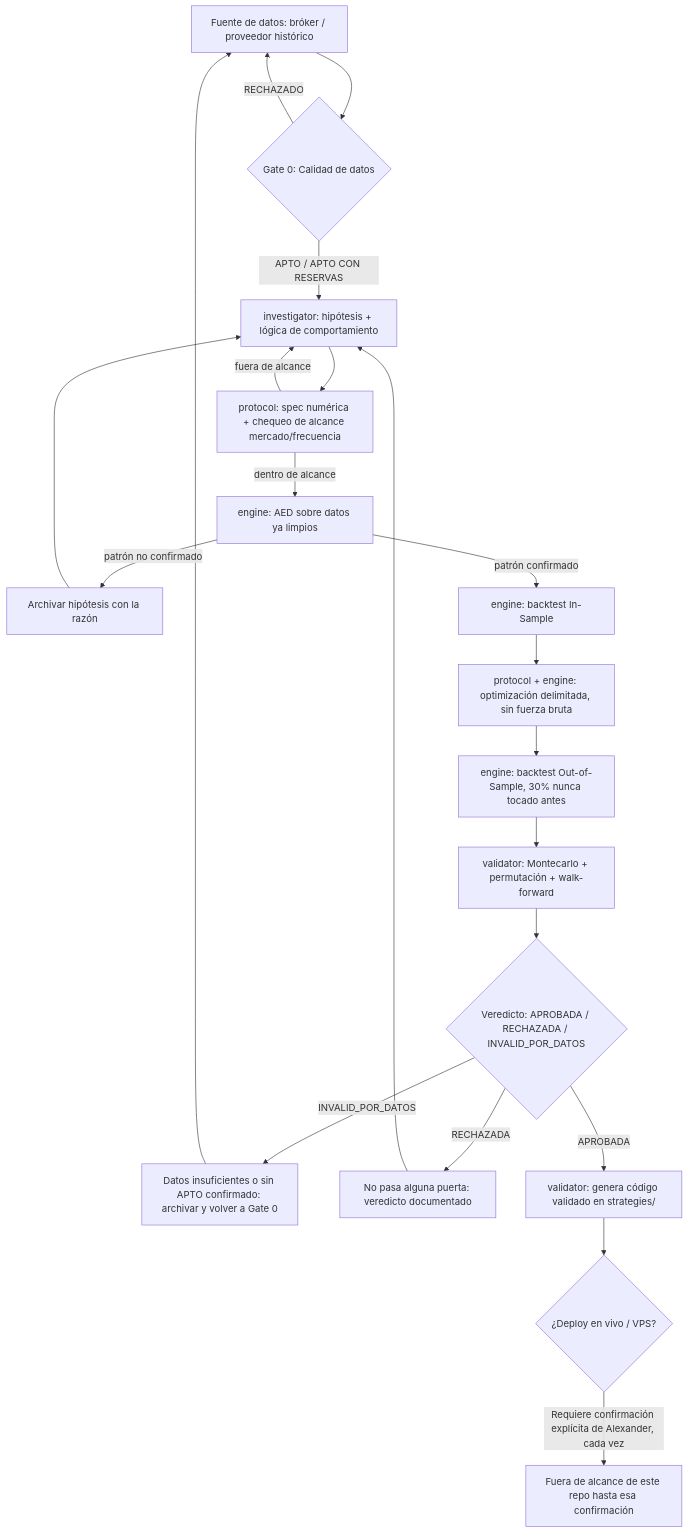
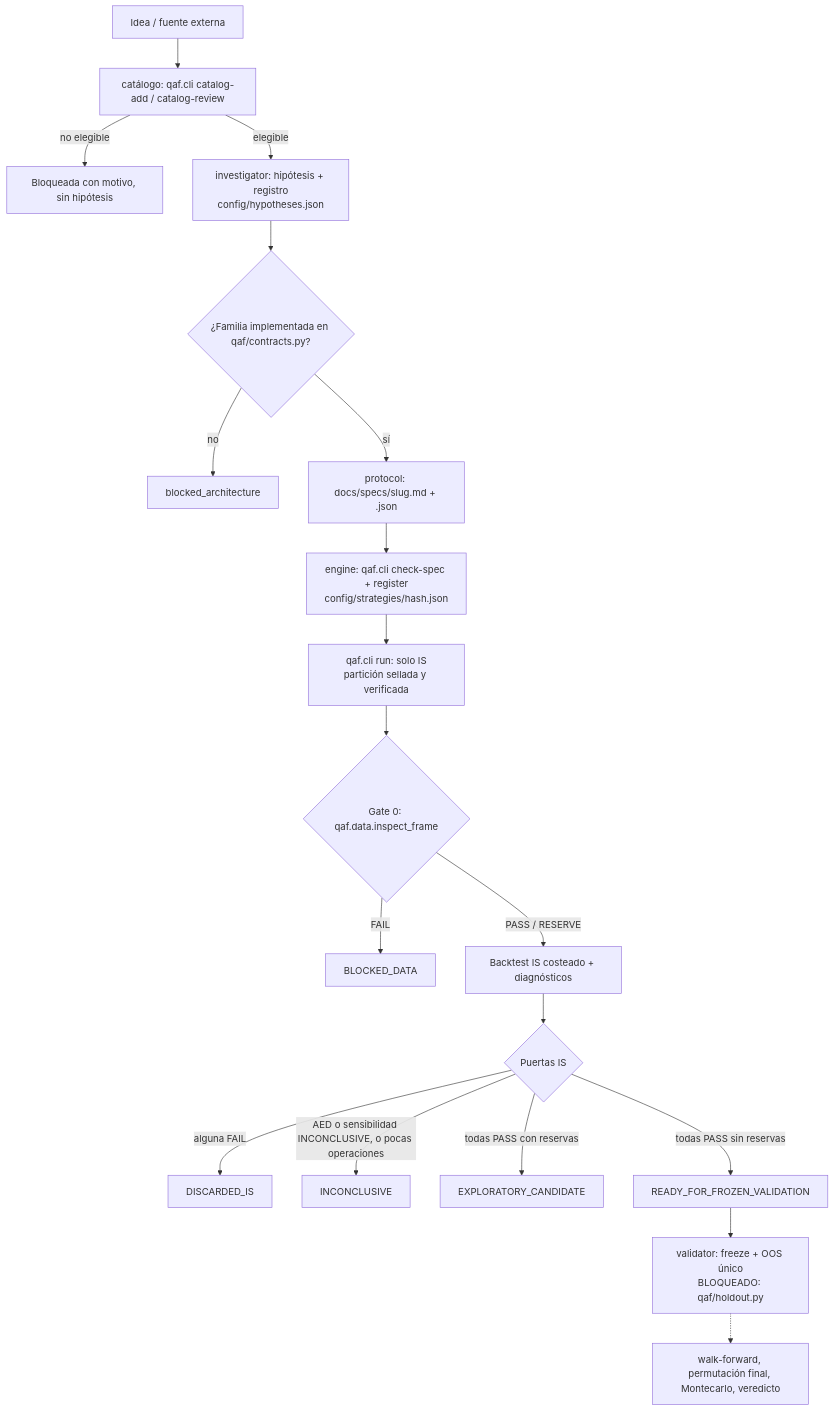
One commit to ac75management/QuantAgentFactory changed the diagram in docs/architecture.md. Above: the diagram before and after it, drawn with Mermaid. The commit also changed other lines of this file and 67 other files, not shown here.

````diff
--- a/docs/architecture.md
+++ b/docs/architecture.md
@@ -16,23 +14,21 @@
 ```mermaid
 flowchart TD
-    A[Fuente de datos: bróker / proveedor histórico] --> B{Gate 0: Calidad de datos}
-    B -- RECHAZADO --> A
-    B -- APTO / APTO CON RESERVAS --> C[investigator: hipótesis + lógica de comportamiento]
-    C --> D[protocol: spec numérica + chequeo de alcance mercado/frecuencia]
-    D -- fuera de alcance --> C
-    D -- dentro de alcance --> E[engine: AED sobre datos ya limpios]
-    E -- patrón no confirmado --> X1[Archivar hipótesis con la razón]
-    X1 --> C
-    E -- patrón confirmado --> F[engine: backtest In-Sample]
-    F --> G[protocol + engine: optimización delimitada, sin fuerza bruta]
-    G --> H[engine: backtest Out-of-Sample, 30% nunca tocado antes]
-    H --> I[validator: Montecarlo + permutación + walk-forward]
-    I --> J{Veredicto: APROBADA / RECHAZADA / INVALID_POR_DATOS}
-    J -- INVALID_POR_DATOS --> X3[Datos insuficientes o sin APTO confirmado: archivar y volver a Gate 0]
-    X3 --> A
-    J -- RECHAZADA --> X2[No pasa alguna puerta: veredicto documentado]
-    X2 --> C
-    J -- APROBADA --> K[validator: genera código validado en strategies/]
-    K --> L{¿Deploy en vivo / VPS?}
-    L -- Requiere confirmación explícita de Alexander, cada vez --> M[Fuera de alcance de este repo hasta esa confirmación]
+    A[Idea / fuente externa] --> B[catálogo: qaf.cli catalog-add / catalog-review]
+    B -- no elegible --> B0[Bloqueada con motivo, sin hipótesis]
+    B -- elegible --> C[investigator: hipótesis + registro<br/>config/hypotheses.json]
+    C --> D{¿Familia implementada en qaf/contracts.py?}
+    D -- no --> D0[blocked_architecture]
+    D -- sí --> E[protocol: docs/specs/slug.md + .json]
+    E --> F[engine: qaf.cli check-spec + register<br/>config/strategies/hash.json]
+    F --> G[qaf.cli run: solo IS<br/>partición sellada y verificada]
+    G --> H{Gate 0: qaf.data.inspect_frame}
+    H -- FAIL --> H0[BLOCKED_DATA]
+    H -- PASS / RESERVE --> I[Backtest IS costeado + diagnósticos]
+    I --> J{Puertas IS}
+    J -- alguna FAIL --> J0[DISCARDED_IS]
+    J -- AED o sensibilidad INCONCLUSIVE, o pocas operaciones --> J1[INCONCLUSIVE]
+    J -- todas PASS con reservas --> J2[EXPLORATORY_CANDIDATE]
+    J -- todas PASS sin reservas --> J3[READY_FOR_FROZEN_VALIDATION]
+    J3 --> K[validator: freeze + OOS único<br/>BLOQUEADO: qaf/holdout.py]
+    K -.-> L[walk-forward, permutación final, Montecarlo, veredicto]
 ```
````
